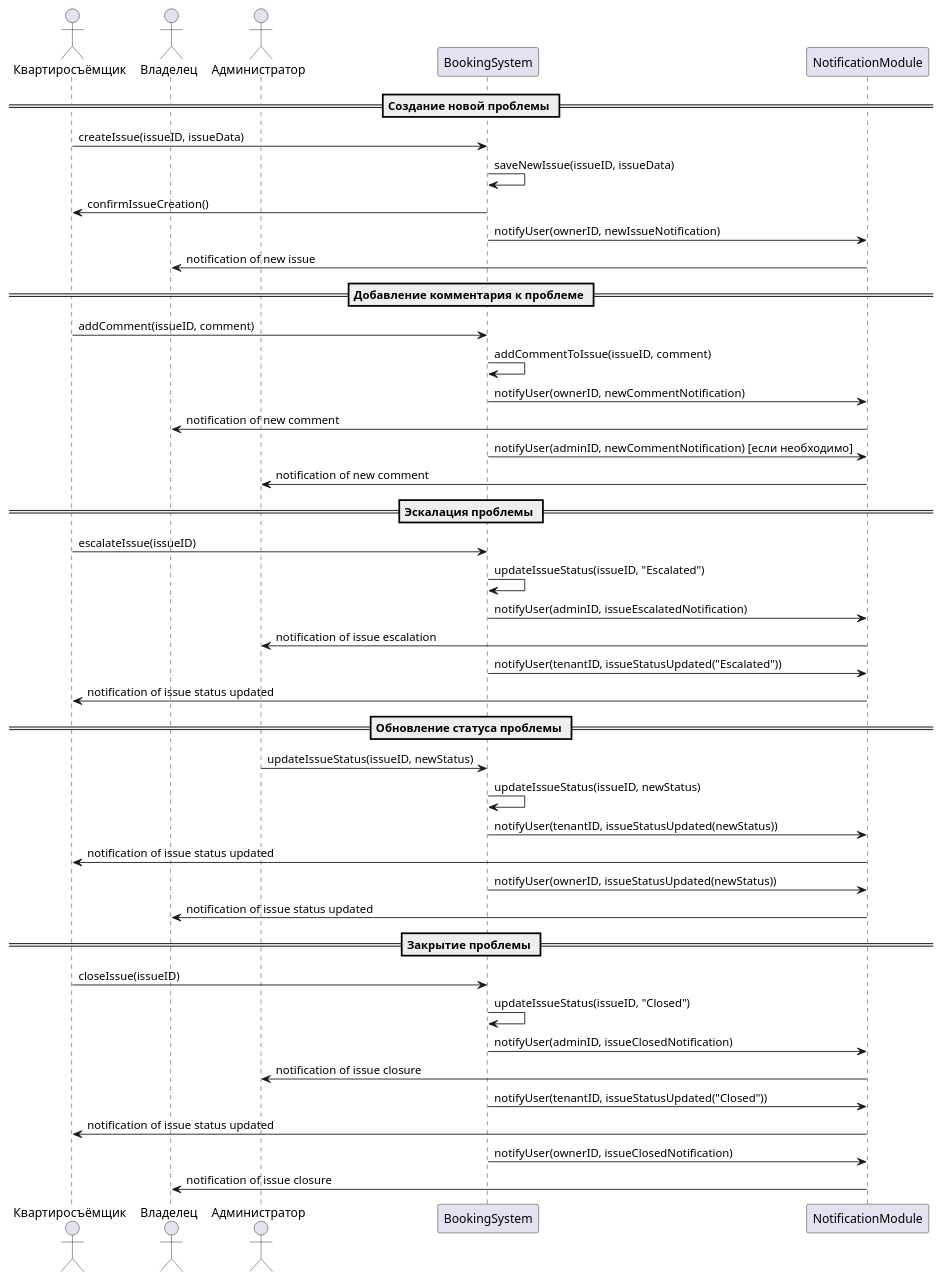
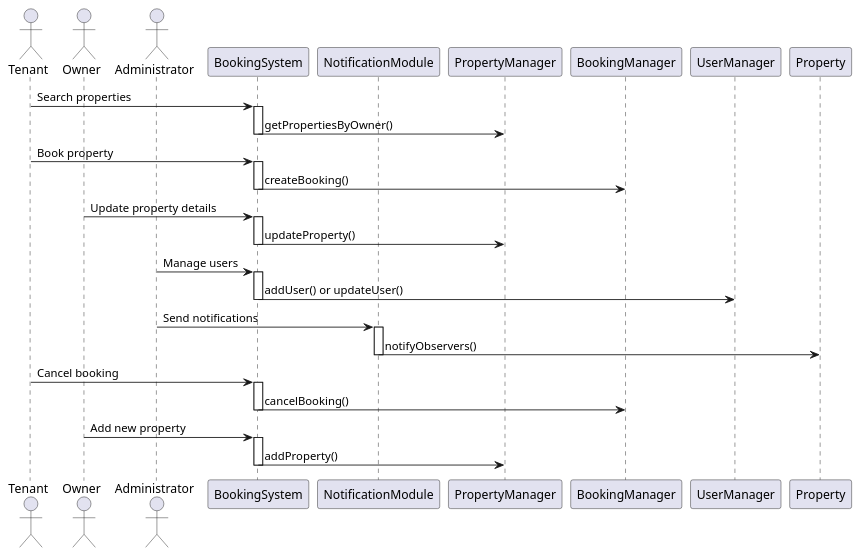
One commit to penamarth/bsbo-01-22_team4_var8 changed the diagram in precedents/SolvingProblems/SolvingProblemsDiagramm.md. Above: the diagram before and after it, drawn with PlantUML. The commit also changed 1 other file, not shown here.

Commit message:
Update SolvingProblems diagramm

````diff
--- a/precedents/SolvingProblems/SolvingProblemsDiagramm.md
+++ b/precedents/SolvingProblems/SolvingProblemsDiagramm.md
@@ -1,53 +1,49 @@
 ```plantuml
 
 @startuml
-actor Квартиросъёмщик
-actor Владелец
-actor Администратор
+
+actor "Tenant" as Tenant
+actor "Owner" as Owner
+actor "Administrator" as Admin
 participant "BookingSystem" as System
 participant "NotificationModule" as NotificationService
 
-== Создание новой проблемы ==
-Квартиросъёмщик -> System: createIssue(issueID, issueData)
-System -> System: saveNewIssue(issueID, issueData)
-System -> Квартиросъёмщик: confirmIssueCreation()
-System -> NotificationService: notifyUser(ownerID, newIssueNotification)
-NotificationService -> Владелец: notification of new issue
 
-== Добавление комментария к проблеме ==
-Квартиросъёмщик -> System: addComment(issueID, comment)
-System -> System: addCommentToIssue(issueID, comment)
-System -> NotificationService: notifyUser(ownerID, newCommentNotification)
-NotificationService -> Владелец: notification of new comment
-System -> NotificationService: notifyUser(adminID, newCommentNotification) [если необходимо]
-NotificationService -> Администратор: notification of new comment
+Tenant -> System: Search properties
+activate System
+System -> PropertyManager: getPropertiesByOwner()
+deactivate System
 
-== Эскалация проблемы ==
-Квартиросъёмщик -> System: escalateIssue(issueID)
-System -> System: updateIssueStatus(issueID, "Escalated")
-System -> NotificationService: notifyUser(adminID, issueEscalatedNotification)
-NotificationService -> Администратор: notification of issue escalation
-System -> NotificationService: notifyUser(tenantID, issueStatusUpdated("Escalated"))
-NotificationService -> Квартиросъёмщик: notification of issue status updated
+Tenant -> System: Book property
+activate System
+System -> BookingManager: createBooking()
+deactivate System
 
-== Обновление статуса проблемы ==
-Администратор -> System: updateIssueStatus(issueID, newStatus)
-System -> System: updateIssueStatus(issueID, newStatus)
-System -> NotificationService: notifyUser(tenantID, issueStatusUpdated(newStatus))
-NotificationService -> Квартиросъёмщик: notification of issue status updated
-System -> NotificationService: notifyUser(ownerID, issueStatusUpdated(newStatus))
-NotificationService -> Владелец: notification of issue status updated
+Owner -> System: Update property details
+activate System
+System -> PropertyManager: updateProperty()
+deactivate System
 
-== Закрытие проблемы ==
-Квартиросъёмщик -> System: closeIssue(issueID)
-System -> System: updateIssueStatus(issueID, "Closed")
-System -> NotificationService: notifyUser(adminID, issueClosedNotification)
-NotificationService -> Администратор: notification of issue closure
-System -> NotificationService: notifyUser(tenantID, issueStatusUpdated("Closed"))
-NotificationService -> Квартиросъёмщик: notification of issue status updated
-System -> NotificationService: notifyUser(ownerID, issueClosedNotification)
-NotificationService -> Владелец: notification of issue closure
+Admin -> System: Manage users
+activate System
+System -> UserManager: addUser() or updateUser()
+deactivate System
+
+Admin -> NotificationService: Send notifications
+activate NotificationService
+NotificationService -> Property: notifyObservers()
+deactivate NotificationService
+
+Tenant -> System: Cancel booking
+activate System
+System -> BookingManager: cancelBooking()
+deactivate System
+
+Owner -> System: Add new property
+activate System
+System -> PropertyManager: addProperty()
+deactivate System
 
 @enduml
 
 ```
````
